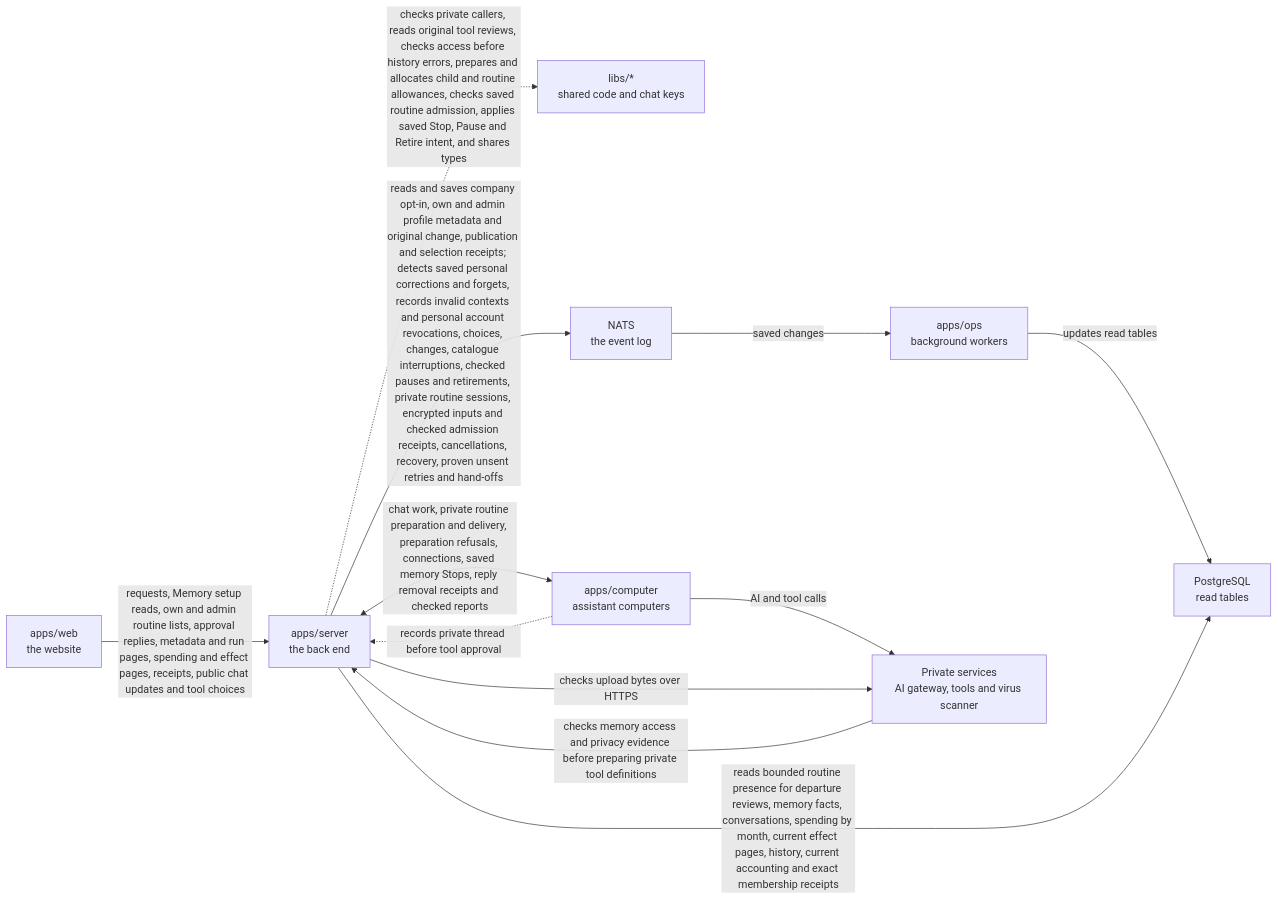
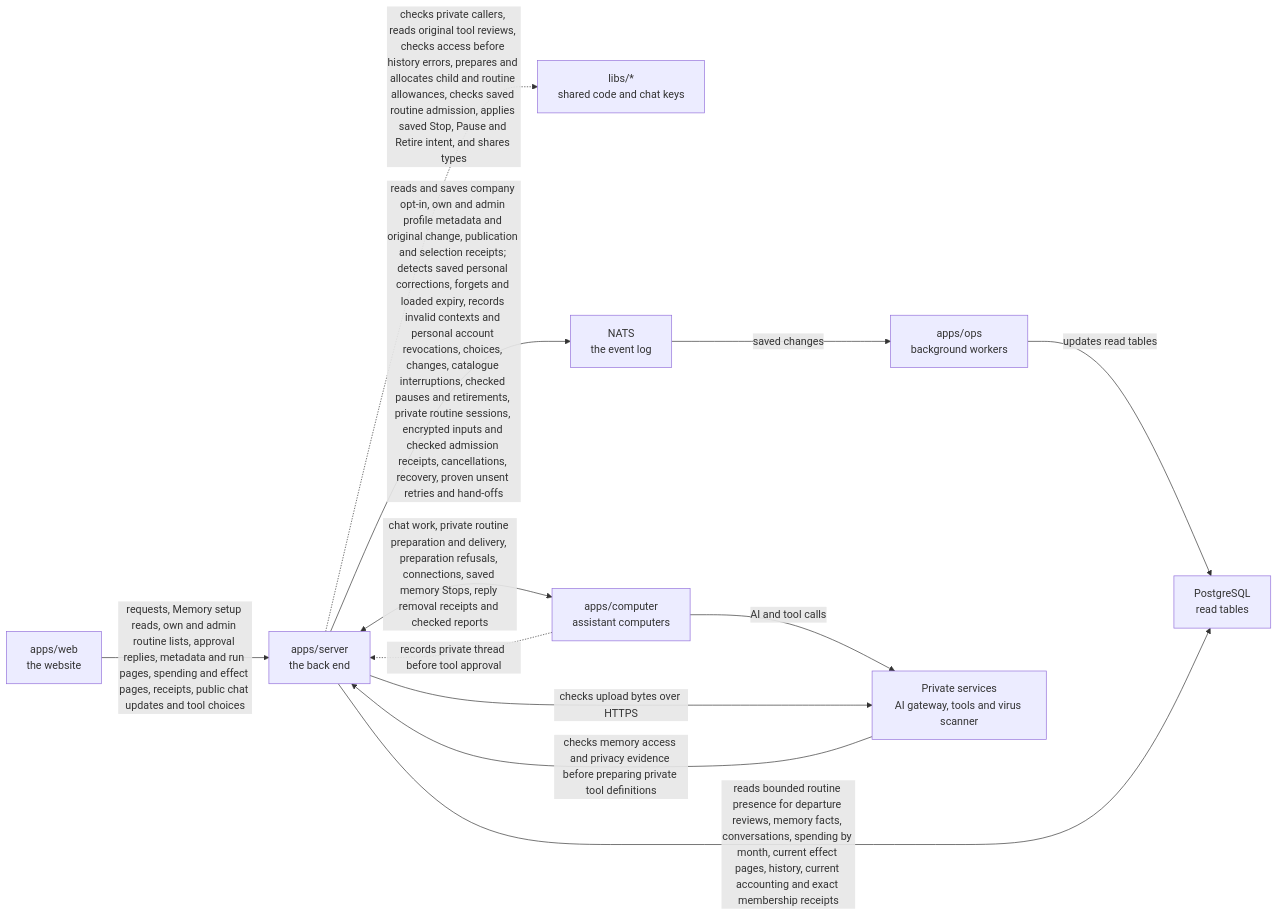
Before and after one commit to elewa-git/opencrane-new: the diagram in apps/server/README.md, drawn with Mermaid. The commit also changed other lines of this file and 14 other files, not shown here.

First line of the commit message:
🧠 Private memory replies are withdrawn when the facts they loaded expire (#793)

````diff
--- a/apps/server/README.md
+++ b/apps/server/README.md
@@ -119,14 +121,14 @@
 ```mermaid
 flowchart LR
   web["apps/web<br/>the website"] -->|requests, Memory setup reads, own and admin routine lists, approval replies, metadata and run pages, spending and effect pages, receipts, public chat updates and tool choices| server["apps/server<br/>the back end"]
   server -.->|checks private callers, reads original tool reviews, checks access before history errors, prepares and allocates child and routine allowances, checks saved routine admission, applies saved Stop, Pause and Retire intent, and shares types| libs["libs/*<br/>shared code and chat keys"]
-  server -->|reads and saves company opt-in, own and admin profile metadata and original change, publication and selection receipts; detects saved personal corrections and forgets, records invalid contexts and personal account revocations, choices, changes, catalogue interruptions, checked pauses and retirements, private routine sessions, encrypted inputs and checked admission receipts, cancellations, recovery, proven unsent retries and hand-offs| nats["NATS<br/>the event log"]
+  server -->|reads and saves company opt-in, own and admin profile metadata and original change, publication and selection receipts; detects saved personal corrections, forgets and loaded expiry, records invalid contexts and personal account revocations, choices, changes, catalogue interruptions, checked pauses and retirements, private routine sessions, encrypted inputs and checked admission receipts, cancellations, recovery, proven unsent retries and hand-offs| nats["NATS<br/>the event log"]
   nats -->|saved changes| ops["apps/ops<br/>background workers"]
   ops -->|updates read tables| postgres["PostgreSQL<br/>read tables"]
   server -->|reads bounded routine presence for departure reviews, memory facts, conversations, spending by month, current effect pages, history, current accounting and exact membership receipts| postgres
   server <-->|chat work, private routine preparation and delivery, preparation refusals, connections, saved memory Stops, reply removal receipts and checked reports| computer["apps/computer<br/>assistant computers"]
   computer -.->|records private thread before tool approval| server
   computer -->|AI and tool calls| runtime["Private services<br/>AI gateway, tools and virus scanner"]
   server -->|checks upload bytes over HTTPS| runtime
   runtime -->|checks memory access and privacy evidence before preparing private tool definitions| server
 ```
````
